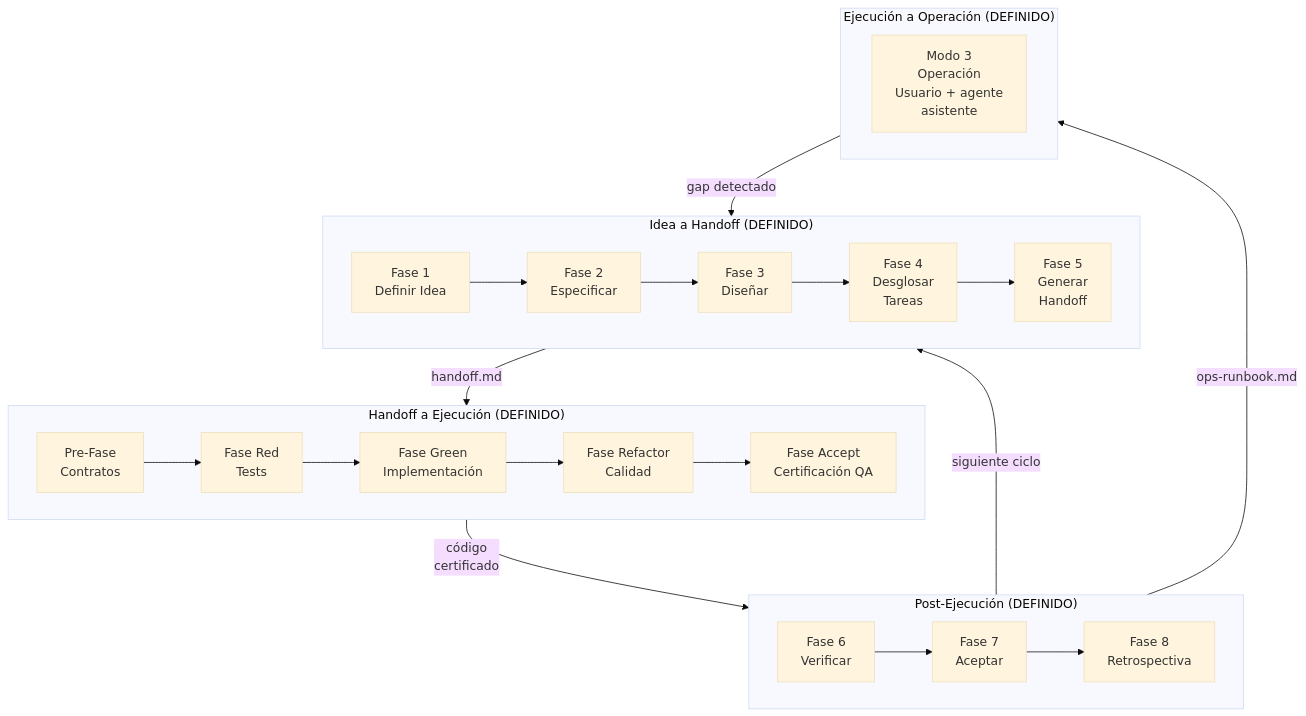
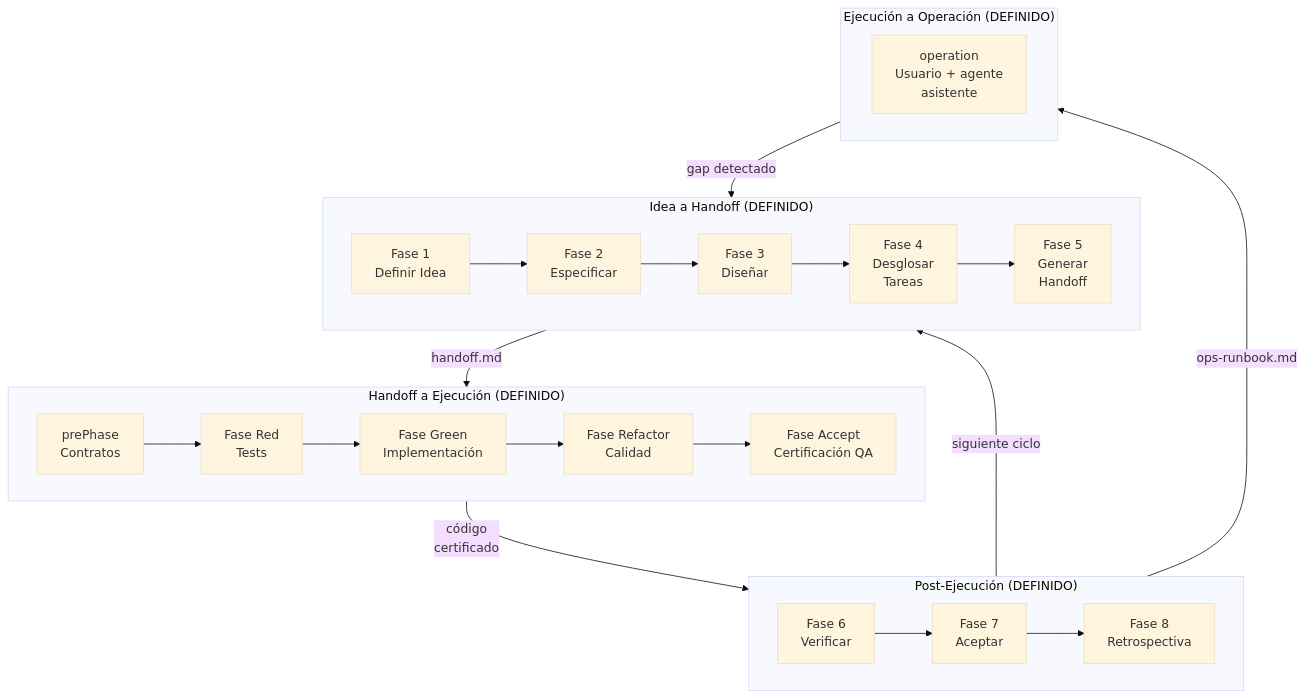
One commit to virgenherrera/idea-to-mvp changed the third of 11 diagrams in docs/overview.md. Above: the diagram before and after it, drawn with Mermaid (base theme). The commit also changed other lines of this file and 30 other files, not shown here.

````diff
--- a/docs/overview.md
+++ b/docs/overview.md
@@ -114,42 +132,42 @@
 ```mermaid
 %% Pipeline completo con macro-fases
 flowchart TD
     subgraph MACRO_1["Idea a Handoff (DEFINIDO)"]
         direction LR
         F1["Fase 1\nDefinir Idea"]
         F2["Fase 2\nEspecificar"]
         F3["Fase 3\nDiseñar"]
         F4["Fase 4\nDesglosar\nTareas"]
         F5["Fase 5\nGenerar\nHandoff"]
         F1 --> F2 --> F3 --> F4 --> F5
     end
 
     subgraph MACRO_2["Handoff a Ejecución (DEFINIDO)"]
         direction LR
-        EX_C["Pre-Fase\nContratos"]
+        EX_C["prePhase\nContratos"]
         EX_R["Fase Red\nTests"]
         EX_G["Fase Green\nImplementación"]
         EX_RF["Fase Refactor\nCalidad"]
         EX_A["Fase Accept\nCertificación QA"]
         EX_C --> EX_R --> EX_G --> EX_RF --> EX_A
     end
 
     subgraph POST["Post-Ejecución (DEFINIDO)"]
         direction LR
         F6["Fase 6\nVerificar"]
         F7["Fase 7\nAceptar"]
         F8["Fase 8\nRetrospectiva"]
         F6 --> F7 --> F8
     end
 
     subgraph MACRO_3["Ejecución a Operación (DEFINIDO)"]
         direction LR
-        OPS["Modo 3\nOperación\nUsuario + agente\nasistente"]
+        OPS["operation\nUsuario + agente\nasistente"]
     end
 
     F5 -->|"handoff.md"| EX_C
     EX_A -->|"código\ncertificado"| F6
     F8 -->|"siguiente ciclo"| F1
     F6 -->|"ops-runbook.md"| OPS
     OPS -->|"gap detectado"| F1
 ```
````
